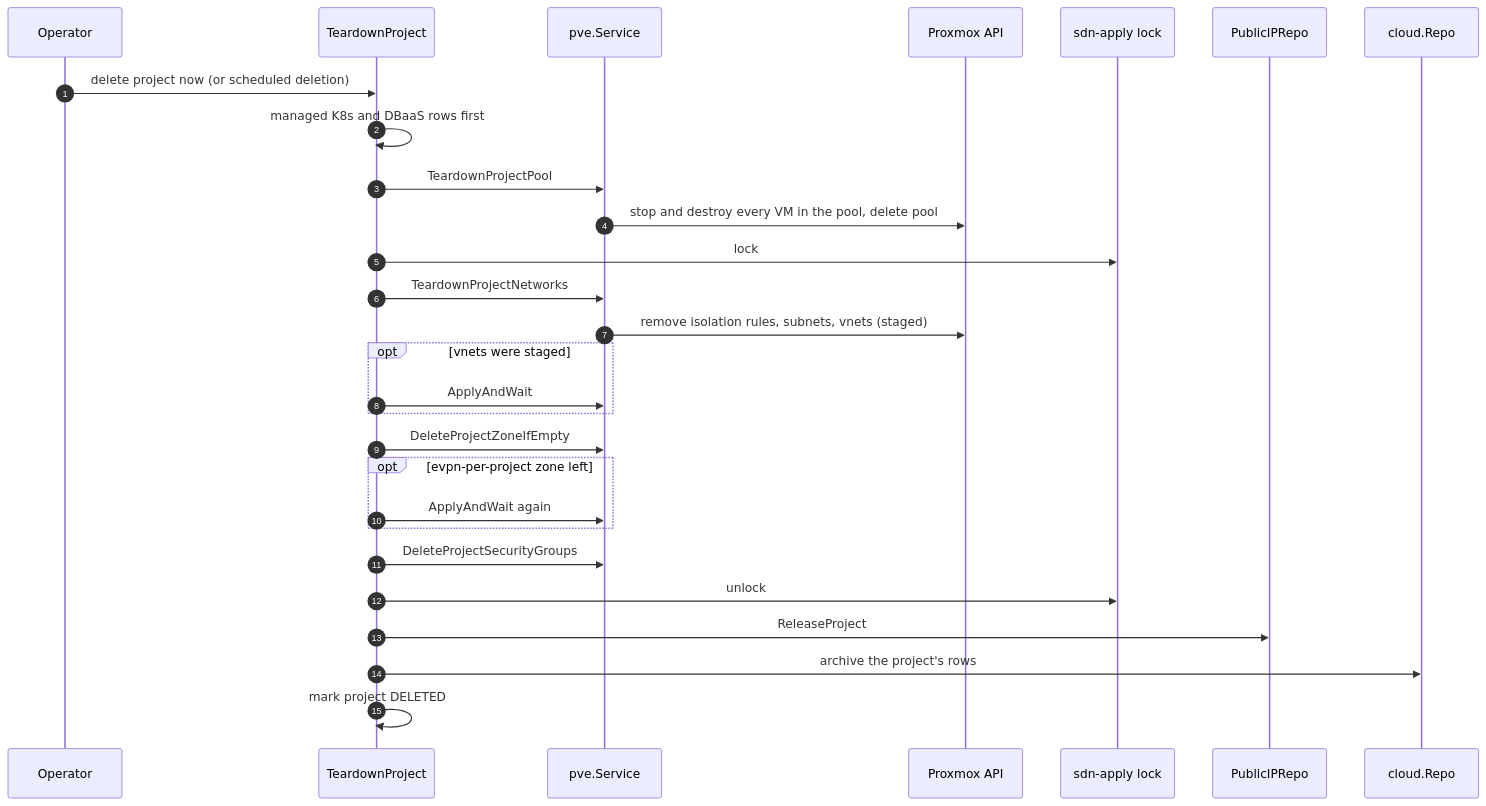
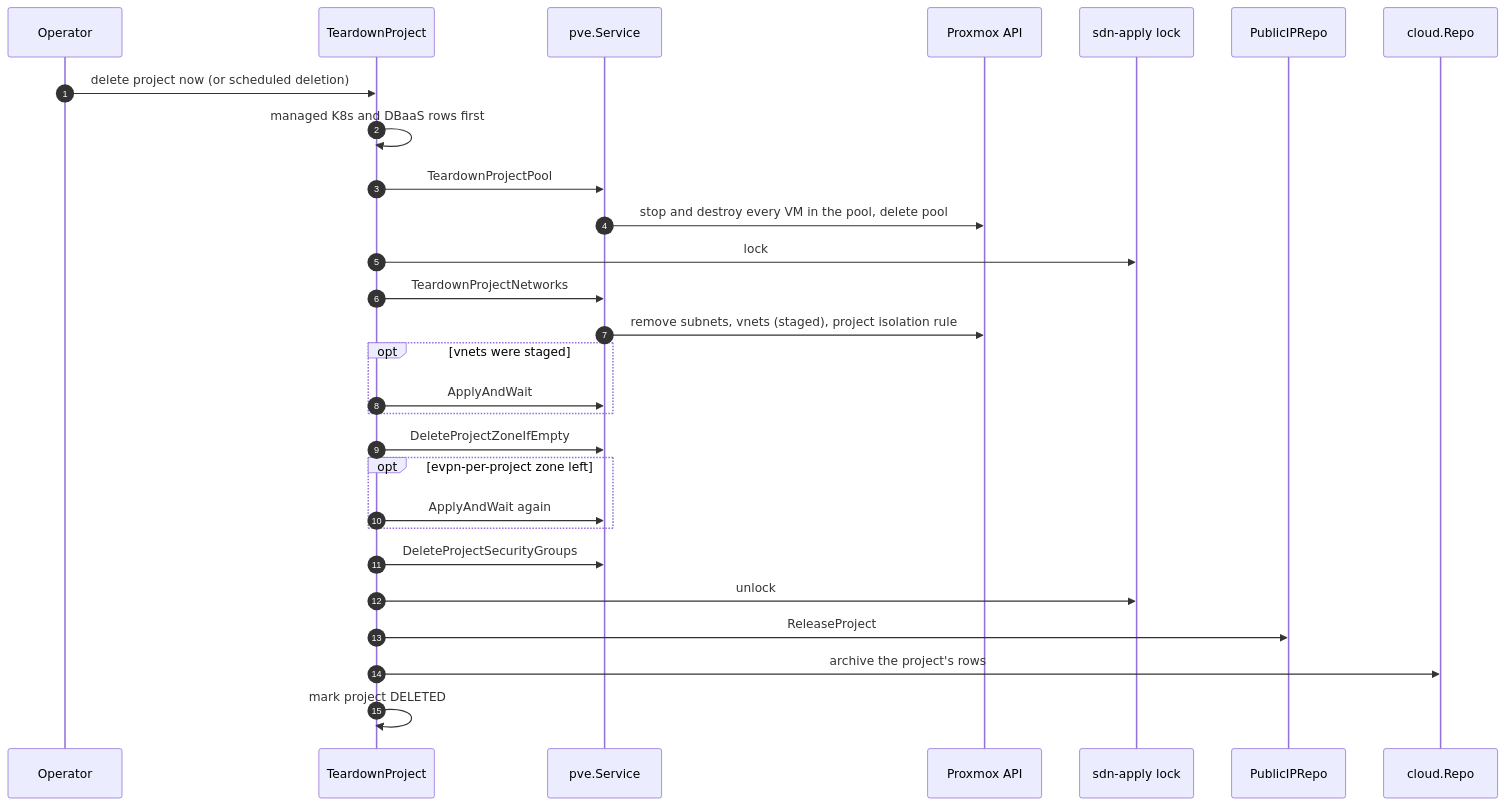
The sixth of 7 diagrams in docs/architecture/c4/c4-code.md (mutex-solutions/proxcloud), drawn with Mermaid before and after one commit. The commit also changed other lines of this file and 33 other files, not shown here.

````diff
--- a/docs/architecture/c4/c4-code.md
+++ b/docs/architecture/c4/c4-code.md
@@ -297,31 +319,31 @@
 ```mermaid
 sequenceDiagram
   autonumber
   participant OP as Operator
   participant T as TeardownProject
   participant PS as pve.Service
   participant PVE as Proxmox API
   participant L as sdn-apply lock
   participant IP as PublicIPRepo
   participant R as cloud.Repo
 
   OP->>T: delete project now (or scheduled deletion)
   T->>T: managed K8s and DBaaS rows first
   T->>PS: TeardownProjectPool
   PS->>PVE: stop and destroy every VM in the pool, delete pool
   T->>L: lock
   T->>PS: TeardownProjectNetworks
-  PS->>PVE: remove isolation rules, subnets, vnets (staged)
+  PS->>PVE: remove subnets, vnets (staged), project isolation rule
   opt vnets were staged
     T->>PS: ApplyAndWait
   end
   T->>PS: DeleteProjectZoneIfEmpty
   opt evpn-per-project zone left
     T->>PS: ApplyAndWait again
   end
   T->>PS: DeleteProjectSecurityGroups
   T->>L: unlock
   T->>IP: ReleaseProject
   T->>R: archive the project's rows
   T->>T: mark project DELETED
 ```
````
